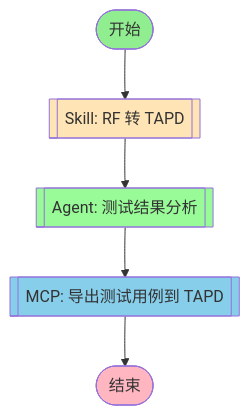
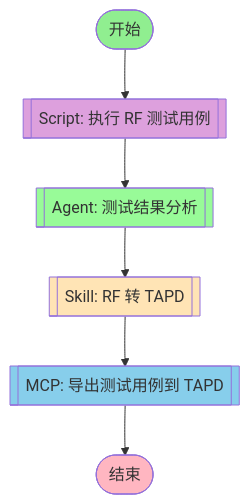
One commit to JoeyTrribbiani/rf-testing-plugin changed the diagram in 05-plugins/rf-testing/workflows/rf-to-tapd.md. Above: the diagram before and after it, drawn with Mermaid. The commit also changed other lines of this file and 1 other file, not shown here.

Commit message:
feat: update requirement-to-rf and rf-to-tapd workflows with YAPI and RF execute stages

````diff
--- a/05-plugins/rf-testing/workflows/rf-to-tapd.md
+++ b/05-plugins/rf-testing/workflows/rf-to-tapd.md
@@ -6,20 +6,23 @@
 ```mermaid
 flowchart TD
     start_node([开始])
     end_node([结束])
 
+    script_execute[[Script: 执行 RF 测试用例]]
     skill_conversion[[Skill: RF 转 TAPD]]
     agent_results[[Agent: 测试结果分析]]
     mcp_export[[MCP: 导出测试用例到 TAPD]]
 
-    start_node --> skill_conversion
-    skill_conversion --> agent_results
-    agent_results --> mcp_export
+    start_node --> script_execute
+    script_execute --> agent_results
+    agent_results --> skill_conversion
+    skill_conversion --> mcp_export
     mcp_export --> end_node
 
     style start_node fill:#90EE90
     style end_node fill:#FFB6C1
+    style script_execute fill:#DDA0DD
     style skill_conversion fill:#FFE4B5
     style agent_results fill:#98FB98
     style mcp_export fill:#87CEEB
 ```
````
